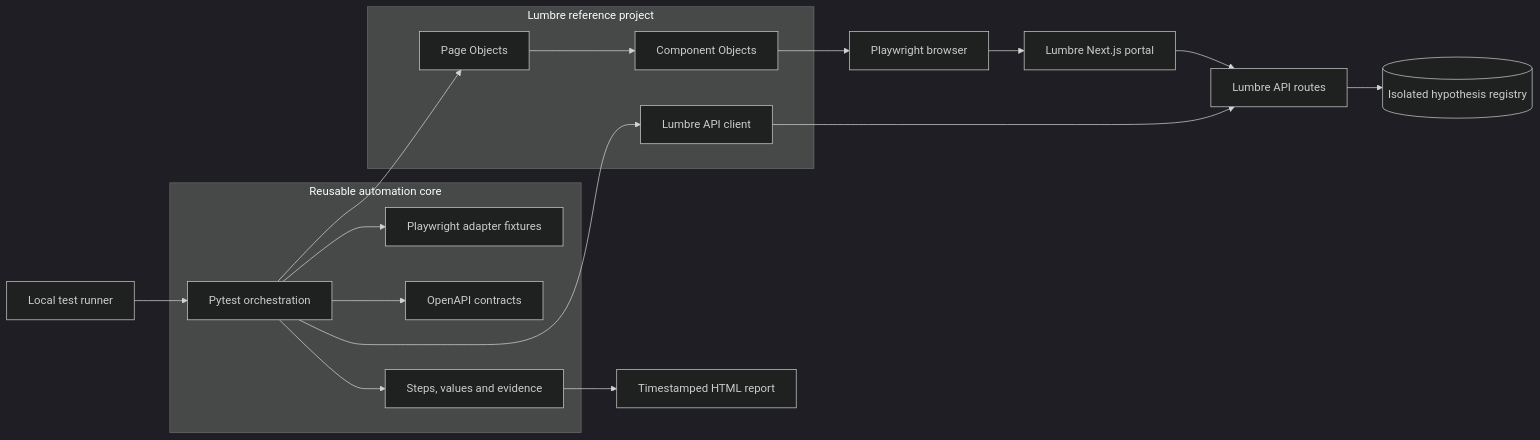
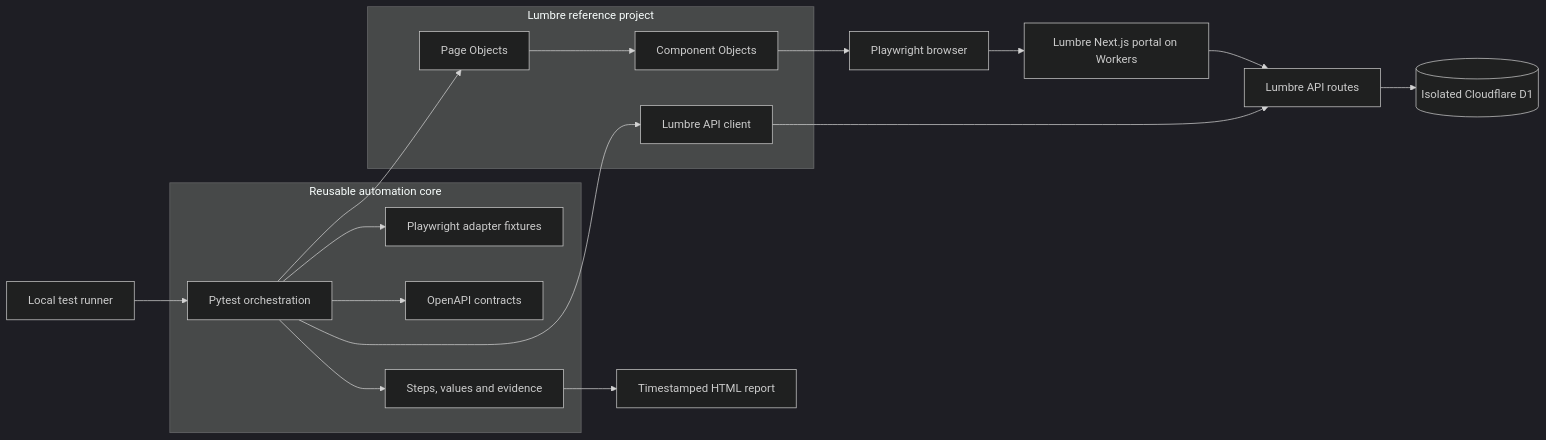
Before and after one commit to zvasdfg/lumbre-playwright-python: the diagram in README.md, drawn with Mermaid (dark theme). The commit also changed other lines of this file and 27 other files, not shown here.

Commit message:
feat(portal): establish Cloudflare D1 foundation

````diff
--- a/README.md
+++ b/README.md
@@ -65,23 +66,23 @@
 ```mermaid
 flowchart LR
     Runner[Local test runner] --> Pytest[Pytest orchestration]
 
     subgraph Core[Reusable automation core]
         Pytest --> Fixtures[Playwright adapter fixtures]
         Pytest --> Contracts[OpenAPI contracts]
         Pytest --> Reporting[Steps, values and evidence]
     end
 
     subgraph Project[Lumbre reference project]
         Pytest --> Pages[Page Objects]
         Pages --> Components[Component Objects]
         Pytest --> ApiClient[Lumbre API client]
     end
 
     Components --> Browser[Playwright browser]
-    Browser --> Portal[Lumbre Next.js portal]
+    Browser --> Portal[Lumbre Next.js portal on Workers]
     ApiClient --> Routes[Lumbre API routes]
     Portal --> Routes
-    Routes --> Registry[(Isolated hypothesis registry)]
+    Routes --> D1[(Isolated Cloudflare D1)]
     Reporting --> Html[Timestamped HTML report]
 ```
````
